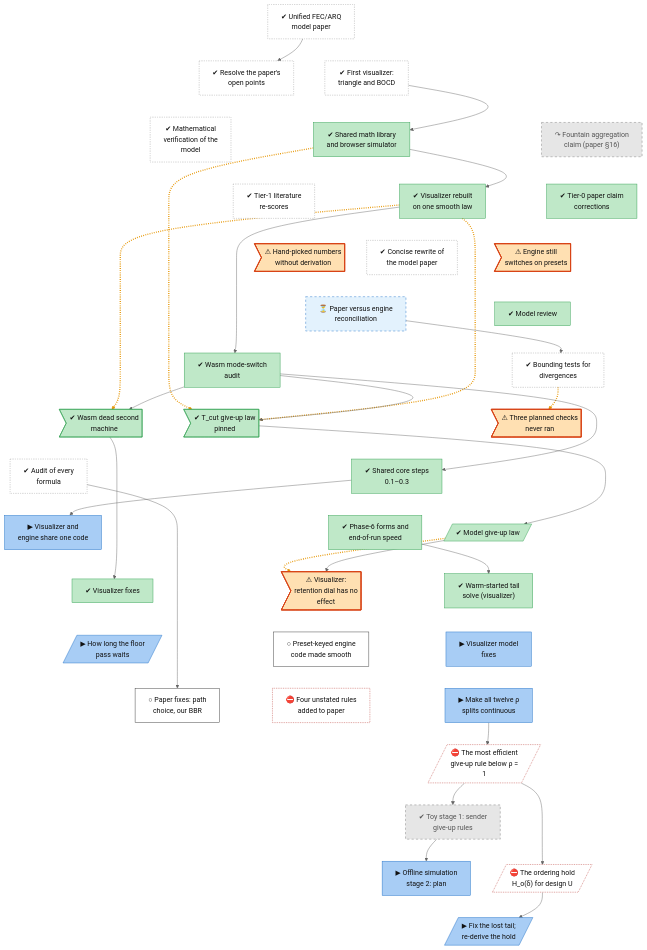
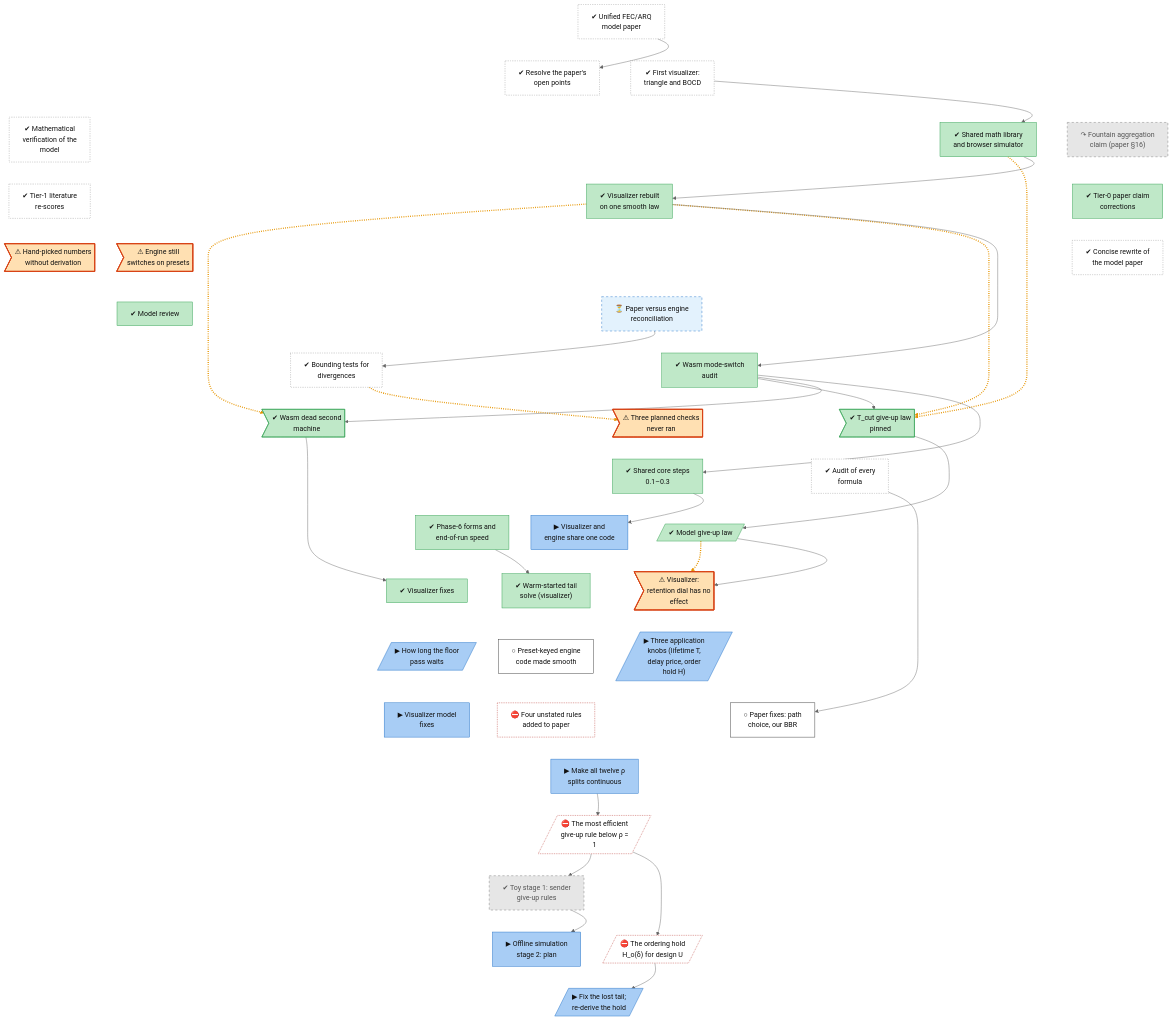
The diagram in docs/roadmap/tracks/model.md (lhns/raptorpath), drawn with Mermaid (neutral theme) before and after one commit. The commit also changed other lines of this file and 3 other files, not shown here.

Commit message:
roadmap: owner backs the three-knob proposal; derivation and simulation stage 3 started

````diff
--- a/docs/roadmap/tracks/model.md
+++ b/docs/roadmap/tracks/model.md
@@ -37,6 +37,7 @@
     model_defect_rho_inert>"⚠ Visualizer:<br/>retention dial has no<br/>effect"]
     model_warm_start["✔ Warm-started tail<br/>solve (visualizer)"]
     model_floor_hold[/"▶ How long the floor<br/>pass waits"/]
+    model_three_knobs[/"▶ Three application<br/>knobs (lifetime T,<br/>delay price, order<br/>hold H)"/]
     model_fix_hint_keyed_paths["○ Preset-keyed engine<br/>code made smooth"]
     model_wasm_fixes["▶ Visualizer model<br/>fixes"]
     model_fix_paper_p2["○ Paper fixes: path<br/>choice, our BBR"]
@@ -76,13 +77,14 @@
     model_endspeed ~~~ model_defect_rho_inert
     model_giveup_law ~~~ model_warm_start
     model_viz_fix ~~~ model_floor_hold
-    model_defect_rho_inert ~~~ model_fix_hint_keyed_paths
-    model_warm_start ~~~ model_wasm_fixes
-    model_floor_hold ~~~ model_fix_paper_p2
+    model_defect_rho_inert ~~~ model_three_knobs
+    model_warm_start ~~~ model_fix_hint_keyed_paths
+    model_floor_hold ~~~ model_wasm_fixes
+    model_three_knobs ~~~ model_fix_paper_p2
     model_fix_hint_keyed_paths ~~~ model_fix_paper_p3
     model_wasm_fixes ~~~ model_rho_step_sites
-    model_fix_paper_p2 ~~~ model_skip_rule_efficiency
-    model_fix_paper_p3 ~~~ model_skip_rule_efficiency
+    model_fix_paper_p2 ~~~ model_rho_step_sites
+    model_fix_paper_p3 ~~~ model_rho_step_sites
     model_rho_step_sites ~~~ model_skip_rule_efficiency
     model_skip_rule_efficiency ~~~ model_toy_stage1
     model_toy_stage1 ~~~ model_toy_stage2_plan
@@ -113,7 +115,7 @@
     model_toy_stage1 --> model_toy_stage2_plan
     model_skip_rule_efficiency --> model_ordering_hold
     model_ordering_hold --> model_tail_and_hold
-    linkStyle 44,46,47,49,56 stroke:#e69500,stroke-width:3px,stroke-dasharray:2 3
+    linkStyle 45,47,48,50,57 stroke:#e69500,stroke-width:3px,stroke-dasharray:2 3
     classDef vsucc fill:#2e9e4f,stroke:#1b6b34,color:#fff
     classDef succ fill:#bfe8c8,stroke:#2e9e4f,color:#111
     classDef mixed fill:#ffd37a,stroke:#c98a00,color:#111
@@ -133,7 +135,7 @@
     class model_s16_fountain,model_toy_stage1 dead
     class model_mode_switch_debts,model_open_constants,model_bound_tests_unrun,model_defect_rho_inert finding
     class model_paper_recon waiting
-    class model_shared_core,model_floor_hold,model_wasm_fixes,model_rho_step_sites,model_toy_stage2_plan,model_tail_and_hold inprog
+    class model_shared_core,model_floor_hold,model_three_knobs,model_wasm_fixes,model_rho_step_sites,model_toy_stage2_plan,model_tail_and_hold inprog
     class model_fix_hint_keyed_paths,model_fix_paper_p2 next
     class model_fix_paper_p3,model_skip_rule_efficiency,model_ordering_hold blocked
 ```
````
